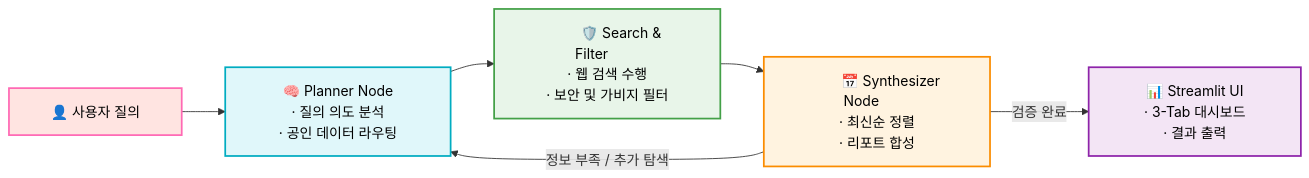
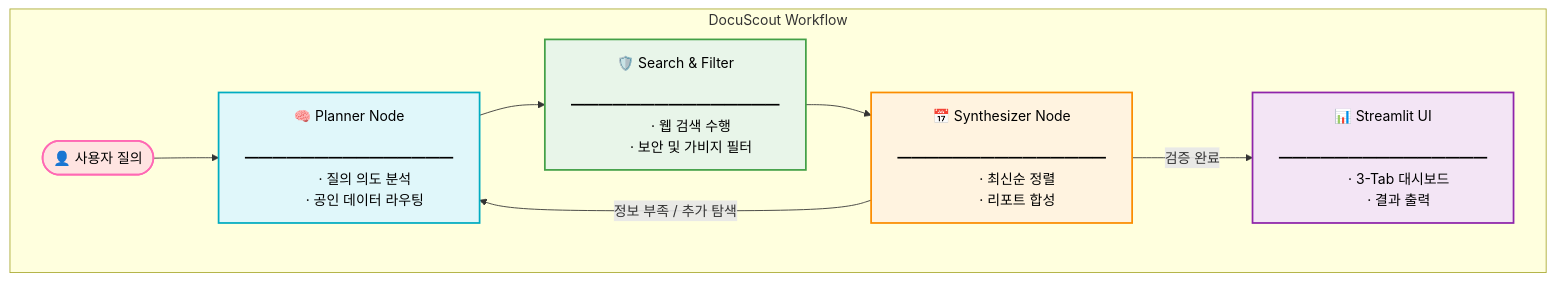
One commit to sbg990530/Document-Agent changed the diagram in README.md. Above: the diagram before and after it, drawn with Mermaid.

````diff
--- a/README.md
+++ b/README.md
@@ -19,20 +19,41 @@
 ```mermaid
 graph LR
     classDef userStyle fill:#FFE4E1,stroke:#FF69B4,stroke-width:2px,color:#000;
     classDef plannerStyle fill:#E0F7FA,stroke:#00ACC1,stroke-width:2px,color:#000;
     classDef filterStyle fill:#E8F5E9,stroke:#43A047,stroke-width:2px,color:#000;
     classDef synthStyle fill:#FFF3E0,stroke:#FB8C00,stroke-width:2px,color:#000;
     classDef uiStyle fill:#F3E5F5,stroke:#8E24AA,stroke-width:2px,color:#000;
 
-    A["&nbsp;&nbsp;&nbsp;&nbsp;👤 사용자 질의&nbsp;&nbsp;&nbsp;&nbsp;"]:::userStyle 
-    --> B["&nbsp;&nbsp;&nbsp;&nbsp;&nbsp;&nbsp;&nbsp;&nbsp;🧠 Planner Node&nbsp;&nbsp;&nbsp;&nbsp;&nbsp;&nbsp;&nbsp;&nbsp;<br/>· 질의 의도 분석<br/>· 공인 데이터 라우팅"]:::plannerStyle
-    
-    B --> C["&nbsp;&nbsp;&nbsp;&nbsp;&nbsp;&nbsp;&nbsp;&nbsp;🛡️ Search & Filter&nbsp;&nbsp;&nbsp;&nbsp;&nbsp;&nbsp;&nbsp;&nbsp;<br/>· 웹 검색 수행<br/>· 보안 및 가비지 필터"]:::filterStyle
-    
-    C --> D["&nbsp;&nbsp;&nbsp;&nbsp;&nbsp;&nbsp;&nbsp;&nbsp;📅 Synthesizer Node&nbsp;&nbsp;&nbsp;&nbsp;&nbsp;&nbsp;&nbsp;&nbsp;<br/>· 최신순 정렬<br/>· 리포트 합성"]:::synthStyle
+    subgraph DocuScout Workflow
+        direction LR
+        A([👤 사용자 질의]):::userStyle 
+        
+        B["🧠 Planner Node
+        ━━━━━━━━━━━━━━━
+        · 질의 의도 분석
+        · 공인 데이터 라우팅"]:::plannerStyle
+        
+        C["🛡️ Search & Filter
+        ━━━━━━━━━━━━━━━
+        · 웹 검색 수행
+        · 보안 및 가비지 필터"]:::filterStyle
+        
+        D["📅 Synthesizer Node
+        ━━━━━━━━━━━━━━━
+        · 최신순 정렬
+        · 리포트 합성"]:::synthStyle
+        
+        E["📊 Streamlit UI
+        ━━━━━━━━━━━━━━━
+        · 3-Tab 대시보드
+        · 결과 출력"]:::uiStyle
+    end
+
+    A --> B
+    B --> C
+    C --> D
     
     %% 루프 및 분기 구조
     D -- "정보 부족 / 추가 탐색" --> B
-    
-    D -- "검증 완료" --> E["&nbsp;&nbsp;&nbsp;&nbsp;&nbsp;&nbsp;&nbsp;&nbsp;📊 Streamlit UI&nbsp;&nbsp;&nbsp;&nbsp;&nbsp;&nbsp;&nbsp;&nbsp;<br/>· 3-Tab 대시보드<br/>· 결과 출력"]:::uiStyle
+    D -- "검증 완료" --> E
 ```
````
